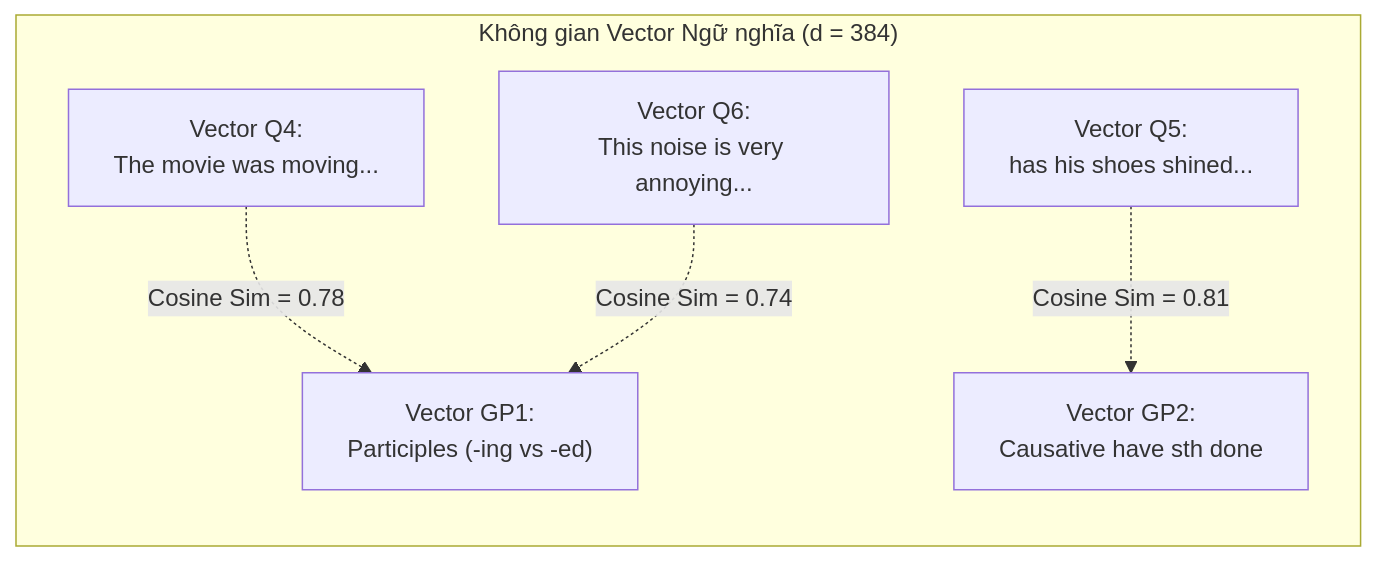
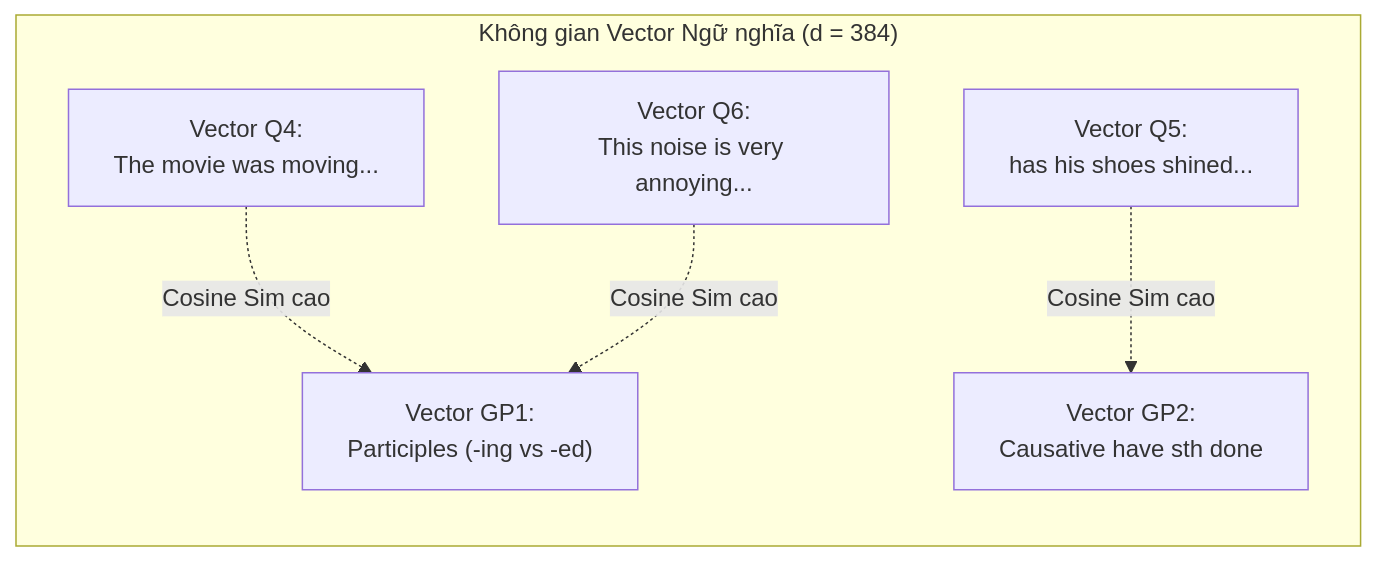
Before and after one commit to CelesEclipse/NLP501_edusync_mvp: the second of 2 diagrams in report/edusync_detailed_design_and_qa_plan.md, drawn with Mermaid. The commit also changed other lines of this file and 20 other files, not shown here.

````diff
--- a/report/edusync_detailed_design_and_qa_plan.md
+++ b/report/edusync_detailed_design_and_qa_plan.md
@@ -62,14 +67,14 @@
 ```mermaid
 graph LR
     subgraph VectorSpace["Không gian Vector Ngữ nghĩa (d = 384)"]
         V_GP1["Vector GP1:<br>Participles (-ing vs -ed)"]
         V_Q4["Vector Q4:<br>The movie was moving..."]
         V_Q6["Vector Q6:<br>This noise is very annoying..."]
         V_GP2["Vector GP2:<br>Causative have sth done"]
         V_Q5["Vector Q5:<br>has his shoes shined..."]
         
-        V_Q4 -. "Cosine Sim = 0.78" .-> V_GP1
-        V_Q6 -. "Cosine Sim = 0.74" .-> V_GP1
-        V_Q5 -. "Cosine Sim = 0.81" .-> V_GP2
+        V_Q4 -. "Cosine Sim cao" .-> V_GP1
+        V_Q6 -. "Cosine Sim cao" .-> V_GP1
+        V_Q5 -. "Cosine Sim cao" .-> V_GP2
     end
 ```
````
